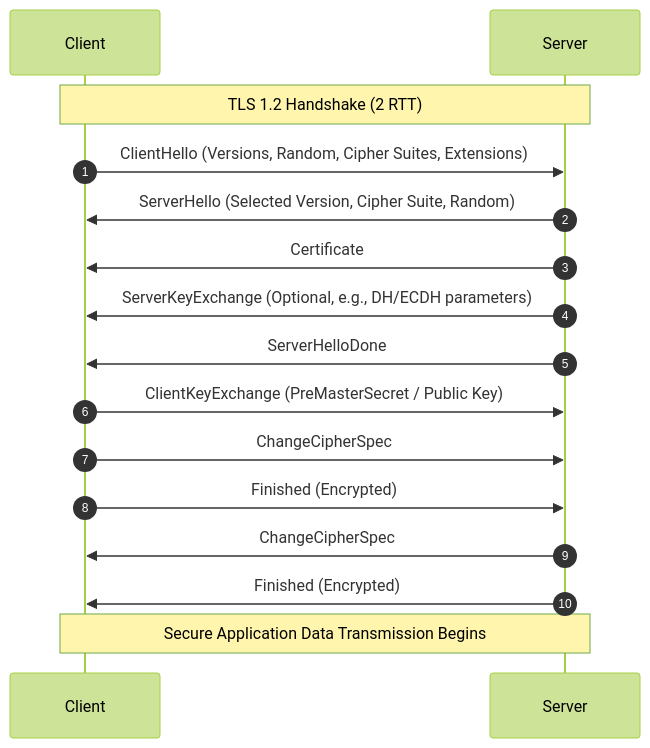
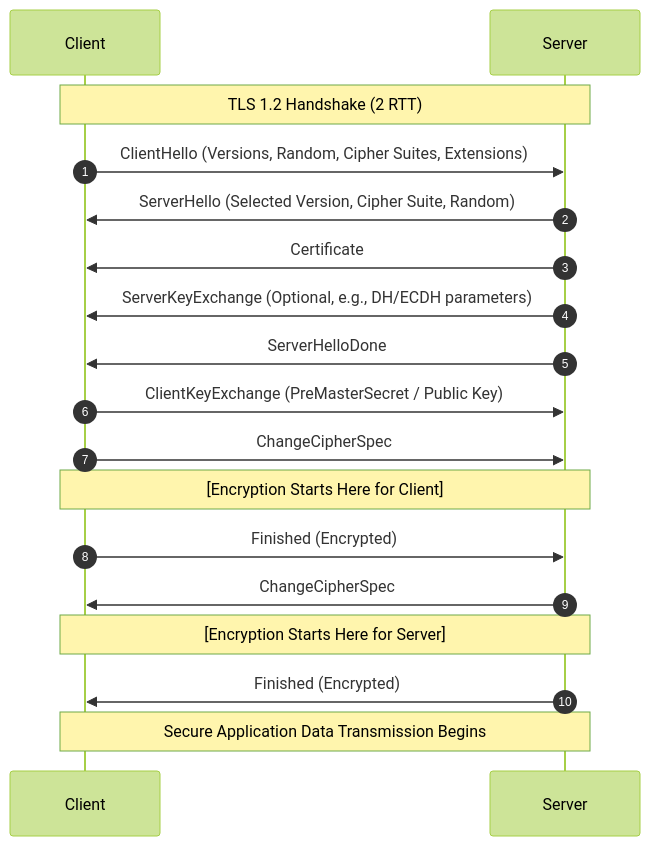
The first of 3 diagrams in blog/2026-10-28-tls-mmtls.md (Richard-Zheng/blog-v2), drawn with Mermaid (forest theme) before and after one commit. The commit also changed other lines of this file, not shown here.

````diff
--- a/blog/2026-10-28-tls-mmtls.md
+++ b/blog/2026-10-28-tls-mmtls.md
@@ -157,23 +157,25 @@
 ```mermaid
 sequenceDiagram
     autonumber
     participant Client
     participant Server
 
     Note over Client,Server: TLS 1.2 Handshake (2 RTT)
 
     Client->>Server: ClientHello (Versions, Random, Cipher Suites, Extensions)
     Server->>Client: ServerHello (Selected Version, Cipher Suite, Random)
     Server->>Client: Certificate
     Server->>Client: ServerKeyExchange (Optional, e.g., DH/ECDH parameters)
     Server->>Client: ServerHelloDone
     
     Client->>Server: ClientKeyExchange (PreMasterSecret / Public Key)
     Client->>Server: ChangeCipherSpec
+    Note over Server,Client: [Encryption Starts Here for Client]
     Client->>Server: Finished (Encrypted)
     
     Server->>Client: ChangeCipherSpec
+    Note over Server,Client: [Encryption Starts Here for Server]
     Server->>Client: Finished (Encrypted)
 
     Note over Client,Server: Secure Application Data Transmission Begins
 ```
````
